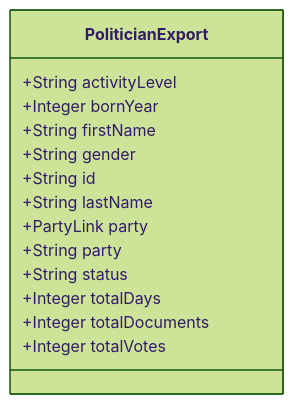
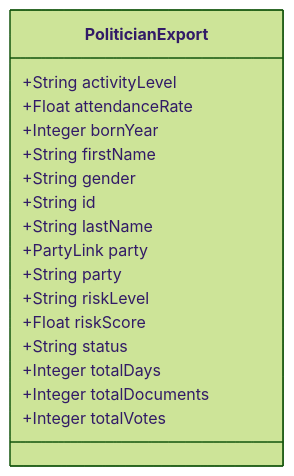
The diagram in json-export-specs/schemas/politician-schema-validated.md (Hack23/cia), drawn with Mermaid (forest theme) before and after one commit. The commit also changed other lines of this file and 11 other files, not shown here.

````diff
--- a/json-export-specs/schemas/politician-schema-validated.md
+++ b/json-export-specs/schemas/politician-schema-validated.md
@@ -19,17 +19,20 @@
 ```mermaid
 classDiagram
     class PoliticianExport {
         +String activityLevel
+        +Float attendanceRate
         +Integer bornYear
         +String firstName
         +String gender
         +String id
         +String lastName
         +PartyLink party
         +String party
+        +String riskLevel
+        +Float riskScore
         +String status
         +Integer totalDays
         +Integer totalDocuments
         +Integer totalVotes
     }
 ```
````
